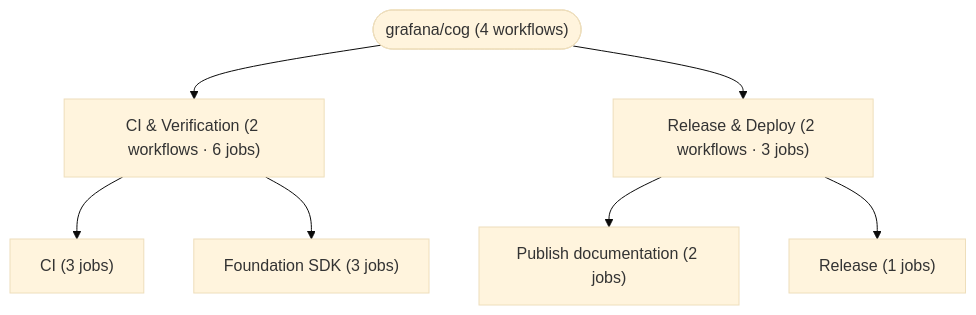
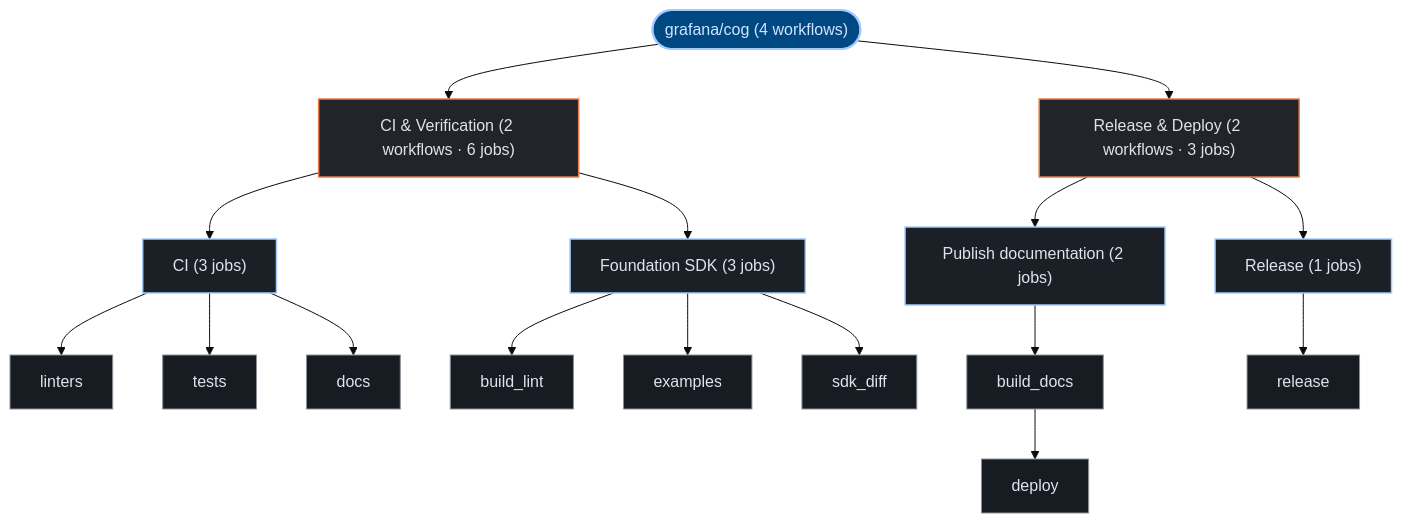
The third of 3 diagrams in exports/latest/reports/grafana-cog-report.md (kumarshaz/atruss-code-atlas), drawn with Mermaid (base theme) before and after one commit. The commit also changed other lines of this file and 331 other files, not shown here.

Commit message:
docs,ui,fix: update SDLC docs, reorder CI/CD DAG first, stylize Mermaid, and fix Arc42 pipeline topology

````diff
--- a/exports/latest/reports/grafana-cog-report.md
+++ b/exports/latest/reports/grafana-cog-report.md
@@ -225,16 +236,41 @@
 ```mermaid
 graph TD;
-  pipeline_root(["grafana/cog (4 workflows)"])
-  grp_0_CI___Verification["CI & Verification (2 workflows · 6 jobs)"]
+  classDef atlasRoot fill:#004882,stroke:#a3c9ff,stroke-width:2px,color:#d3e4ff
+  classDef atlasCategory fill:#212428,stroke:#E87A48,stroke-width:1.5px,color:#dfe3eb
+  classDef atlasWorkflow fill:#1b2026,stroke:#a3c9ff,stroke-width:1.5px,color:#dfe3eb
+  classDef atlasJob fill:#171c22,stroke:#8d9199,stroke-width:1px,color:#dfe3eb
+  classDef atlasTarget fill:#005227,stroke:#8bd99b,stroke-width:1.5px,color:#a7f6b6
+  classDef atlasAlert fill:#93000a,stroke:#ffb4ab,stroke-width:1.5px,color:#ffdad6
+  classDef atlasMore fill:#252a31,stroke:#8d9199,stroke-dasharray:4 4,color:#c3c6cf
+  pipeline_root(["grafana/cog (4 workflows)"]):::atlasRoot
+  grp_0_CI___Verification["CI & Verification (2 workflows · 6 jobs)"]:::atlasCategory
   pipeline_root --> grp_0_CI___Verification
-  wf_0_CI["CI (3 jobs)"]
+  wf_0_CI["CI (3 jobs)"]:::atlasWorkflow
   grp_0_CI___Verification --> wf_0_CI
-  wf_2_Foundation_SDK["Foundation SDK (3 jobs)"]
+  job_0_linters["linters"]:::atlasJob
+  job_0_tests["tests"]:::atlasJob
+  job_0_docs["docs"]:::atlasJob
+  wf_0_CI --> job_0_linters
+  wf_0_CI --> job_0_tests
+  wf_0_CI --> job_0_docs
+  wf_2_Foundation_SDK["Foundation SDK (3 jobs)"]:::atlasWorkflow
   grp_0_CI___Verification --> wf_2_Foundation_SDK
-  grp_1_Release___Deploy["Release & Deploy (2 workflows · 3 jobs)"]
+  job_2_build_lint["build_lint"]:::atlasJob
+  job_2_examples["examples"]:::atlasJob
+  job_2_sdk_diff["sdk_diff"]:::atlasJob
+  wf_2_Foundation_SDK --> job_2_build_lint
+  wf_2_Foundation_SDK --> job_2_examples
+  wf_2_Foundation_SDK --> job_2_sdk_diff
+  grp_1_Release___Deploy["Release & Deploy (2 workflows · 3 jobs)"]:::atlasCategory
   pipeline_root --> grp_1_Release___Deploy
-  wf_1_Publish_documentation["Publish documentation (2 jobs)"]
+  wf_1_Publish_documentation["Publish documentation (2 jobs)"]:::atlasWorkflow
   grp_1_Release___Deploy --> wf_1_Publish_documentation
-  wf_3_Release["Release (1 jobs)"]
+  job_1_build_docs["build_docs"]:::atlasJob
+  job_1_deploy["deploy"]:::atlasJob
+  wf_1_Publish_documentation --> job_1_build_docs
+  job_1_build_docs --> job_1_deploy
+  wf_3_Release["Release (1 jobs)"]:::atlasWorkflow
   grp_1_Release___Deploy --> wf_3_Release
+  job_3_release["release"]:::atlasJob
+  wf_3_Release --> job_3_release
 ```
````
